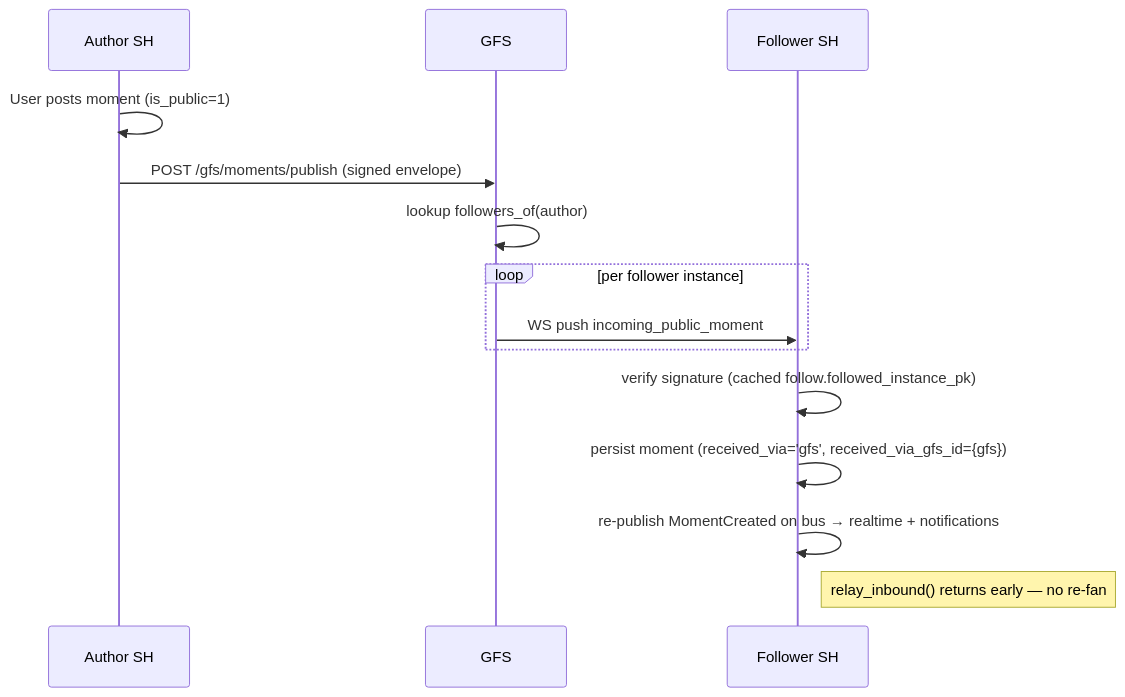
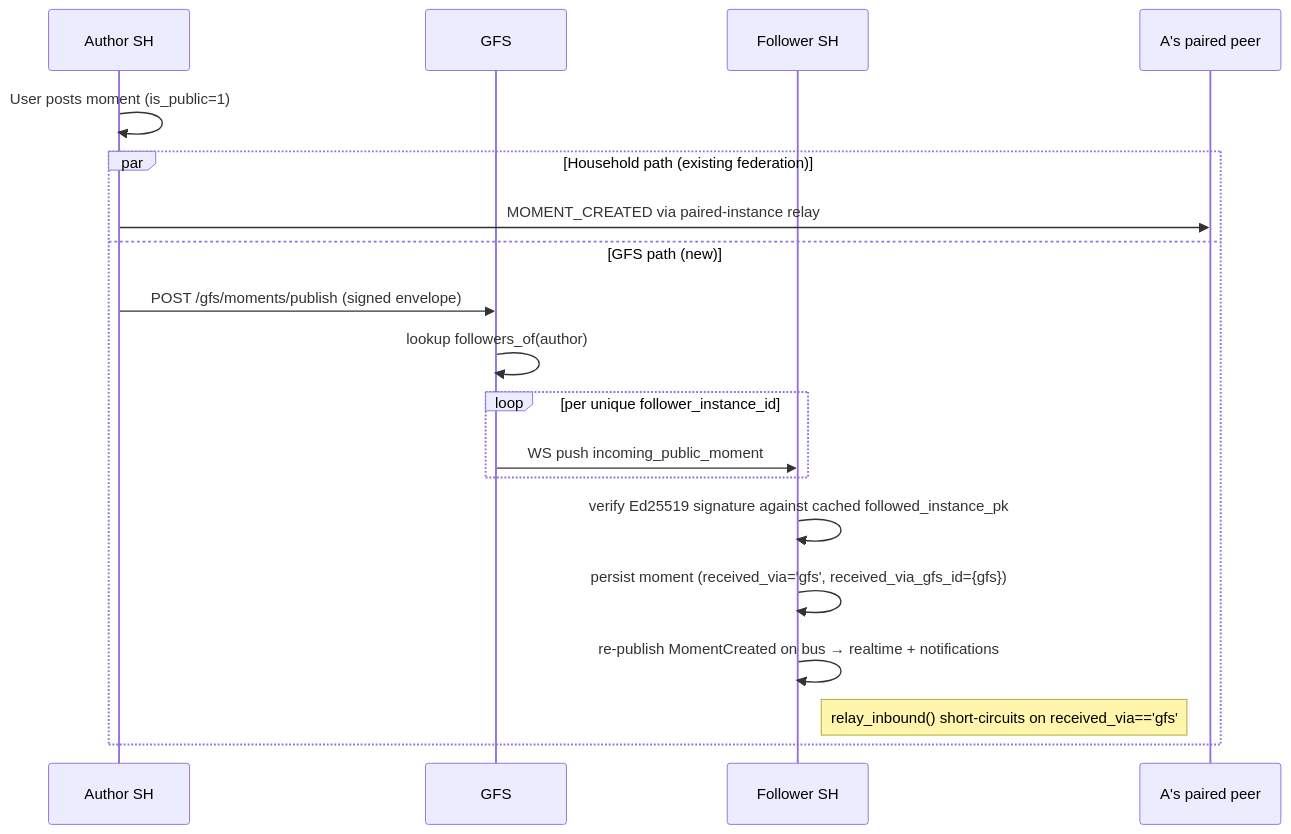
One commit to social-home-io/social-home changed the second of 2 diagrams in docs/protocol/momentum_public.md. Above: the diagram before and after it, drawn with Mermaid. The commit also changed other lines of this file and 2 other files, not shown here.

First line of the commit message:
test(momentum-public): no-redistribute scenario + spec polish

````diff
--- a/docs/protocol/momentum_public.md
+++ b/docs/protocol/momentum_public.md
@@ -96,17 +114,22 @@
 ```mermaid
 sequenceDiagram
   participant A as Author SH
   participant G as GFS
   participant B as Follower SH
+  participant P as A's paired peer
 
   A->>A: User posts moment (is_public=1)
-  A->>G: POST /gfs/moments/publish (signed envelope)
-  G->>G: lookup followers_of(author)
-  loop per follower instance
-    G->>B: WS push incoming_public_moment
+  par Household path (existing federation)
+    A->>P: MOMENT_CREATED via paired-instance relay
+  and GFS path (new)
+    A->>G: POST /gfs/moments/publish (signed envelope)
+    G->>G: lookup followers_of(author)
+    loop per unique follower_instance_id
+      G->>B: WS push incoming_public_moment
+    end
+    B->>B: verify Ed25519 signature against cached followed_instance_pk
+    B->>B: persist moment (received_via='gfs', received_via_gfs_id={gfs})
+    B->>B: re-publish MomentCreated on bus → realtime + notifications
+    Note right of B: relay_inbound() short-circuits on received_via=='gfs'
   end
-  B->>B: verify signature (cached follow.followed_instance_pk)
-  B->>B: persist moment (received_via='gfs', received_via_gfs_id={gfs})
-  B->>B: re-publish MomentCreated on bus → realtime + notifications
-  Note right of B: relay_inbound() returns early — no re-fan
 ```
````
